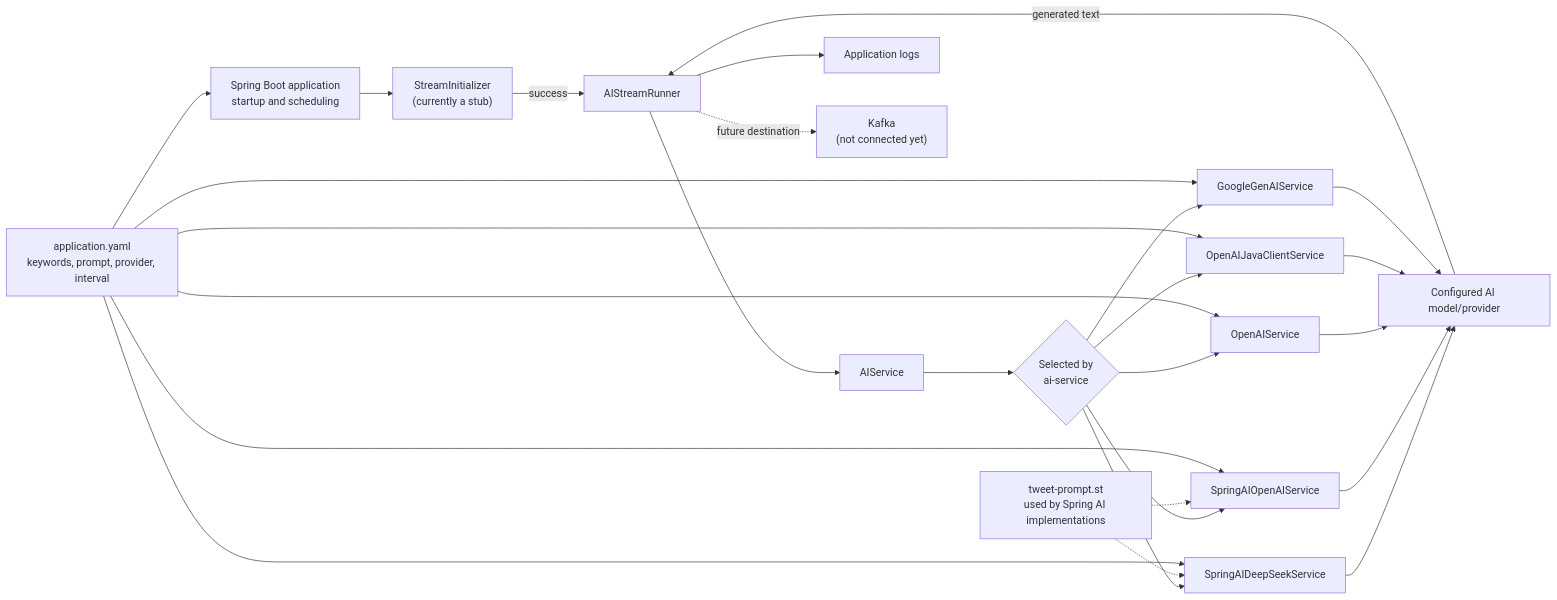
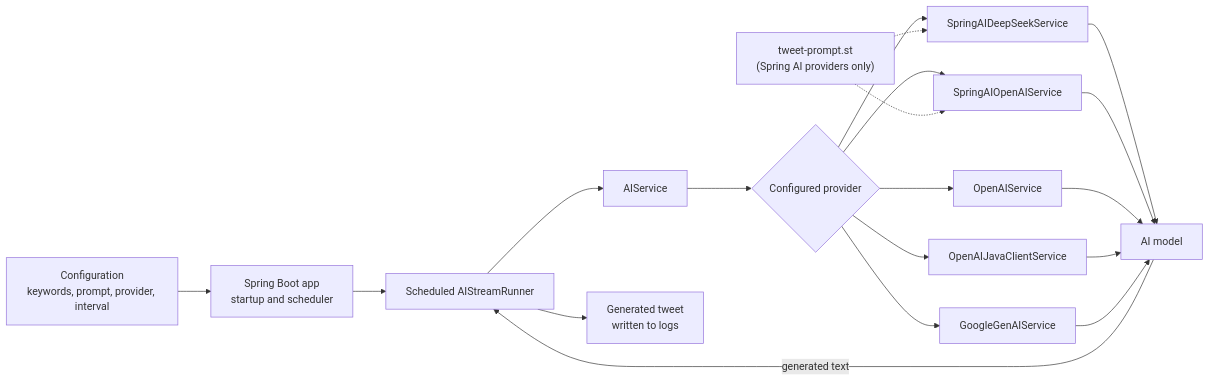
The first of 2 diagrams in README.md (mangeshk1/microservices-demo), drawn with Mermaid before and after one commit. The commit also changed other lines of this file, not shown here.

Commit message:
updated readme.md file

````diff
--- a/README.md
+++ b/README.md
@@ -23,44 +23,27 @@
 ```mermaid
 flowchart LR
-    Config["application.yaml<br/>keywords, prompt, provider, interval"]
-    Prompt["tweet-prompt.st<br/>used by Spring AI implementations"]
-    App["Spring Boot application<br/>startup and scheduling"]
-    Init["StreamInitializer<br/>(currently a stub)"]
-    Runner["AIStreamRunner"]
-    Contract["AIService"]
-    Select{"Selected by<br/>ai-service"}
-    DeepSeek["SpringAIDeepSeekService"]
-    SpringOpenAI["SpringAIOpenAIService"]
-    OpenAI["OpenAIService"]
-    OpenAIClient["OpenAIJavaClientService"]
-    Google["GoogleGenAIService"]
-    Model["Configured AI model/provider"]
-    Logs["Application logs"]
-    Kafka["Kafka<br/>(not connected yet)"]
+    Config["Configuration<br/>keywords, prompt, provider, interval"]
+    App["Spring Boot app<br/>startup and scheduler"]
+    Runner["Scheduled AIStreamRunner"]
+    Service["AIService"]
+    Select{"Configured provider"}
+    Model["AI model"]
+    Logs["Generated tweet<br/>written to logs"]
+    Template["tweet-prompt.st<br/>(Spring AI providers only)"]
 
-    Config --> App
-    App --> Init
-    Init -->|success| Runner
-    Runner --> Contract
-    Contract --> Select
-    Select --> DeepSeek
-    Select --> SpringOpenAI
-    Select --> OpenAI
-    Select --> OpenAIClient
-    Select --> Google
-    Prompt -.-> DeepSeek
-    Prompt -.-> SpringOpenAI
-    Config --> DeepSeek
-    Config --> SpringOpenAI
-    Config --> OpenAI
-    Config --> OpenAIClient
-    Config --> Google
+    Config --> App --> Runner --> Service --> Select
+    Select --> DeepSeek["SpringAIDeepSeekService"]
+    Select --> SpringOpenAI["SpringAIOpenAIService"]
+    Select --> OpenAI["OpenAIService"]
+    Select --> OpenAIClient["OpenAIJavaClientService"]
+    Select --> Google["GoogleGenAIService"]
     DeepSeek --> Model
     SpringOpenAI --> Model
     OpenAI --> Model
     OpenAIClient --> Model
     Google --> Model
     Model -->|generated text| Runner
     Runner --> Logs
-    Runner -. future destination .-> Kafka
+    Template -.-> DeepSeek
+    Template -.-> SpringOpenAI
 ```
````
